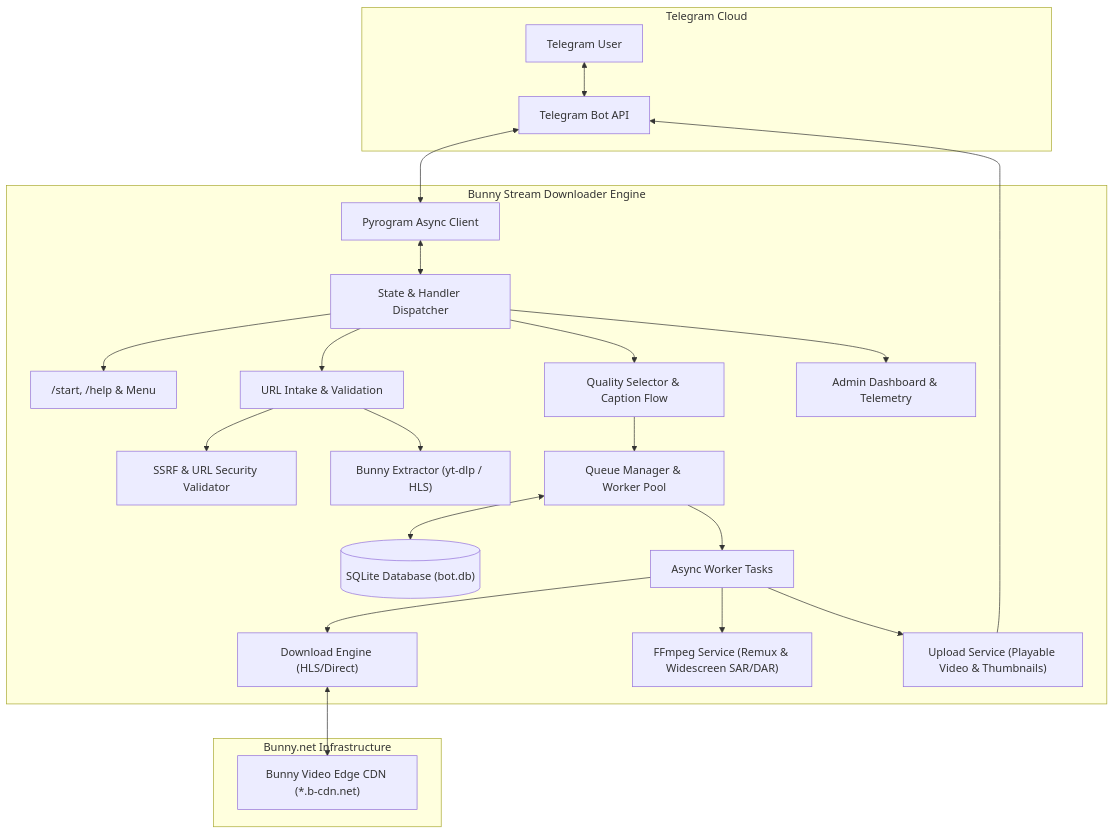
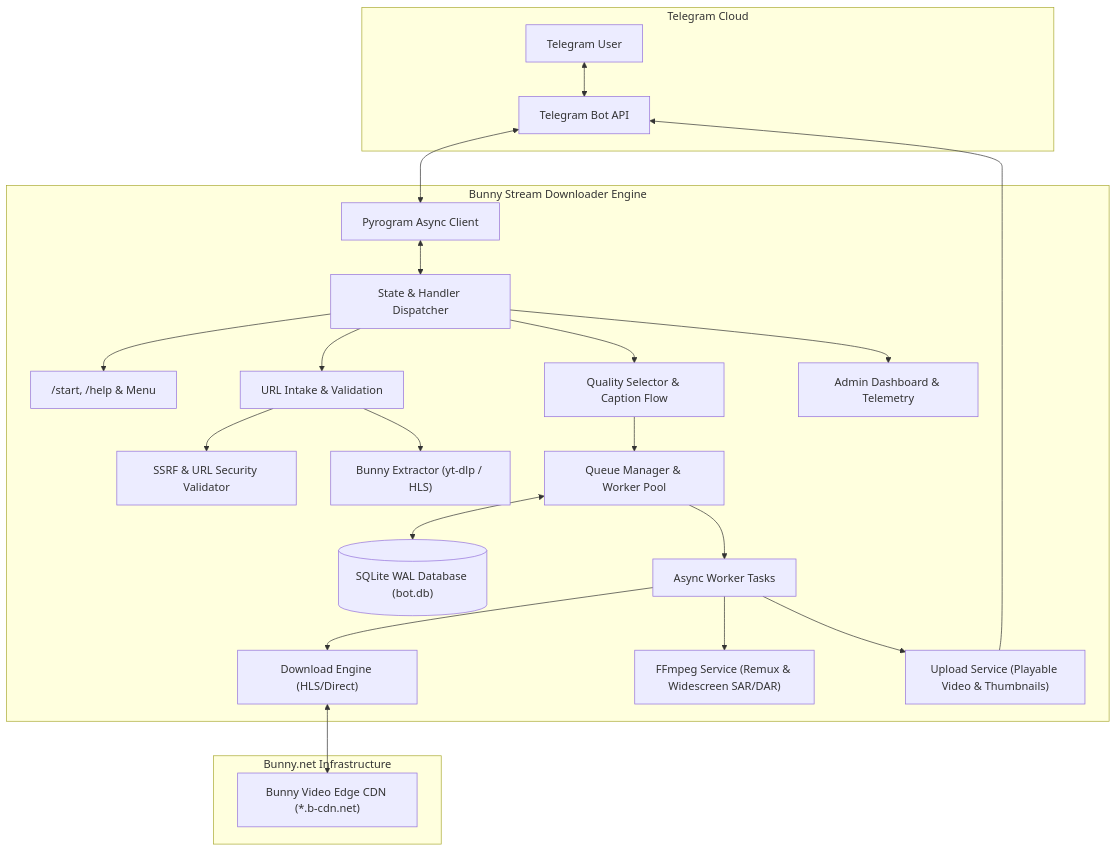
The first of 2 diagrams in README.md (NimeshPiyathissa/bunny-telegram-bot), drawn with Mermaid before and after one commit. The commit also changed other lines of this file and 1 other file, not shown here.

````diff
--- a/README.md
+++ b/README.md
@@ -81,33 +131,33 @@
 ```mermaid
 flowchart TD
     subgraph Telegram["Telegram Cloud"]
         User["Telegram User"] <--> BotAPI["Telegram Bot API"]
     end
 
     subgraph BotCore["Bunny Stream Downloader Engine"]
         BotAPI <--> Client["Pyrogram Async Client"]
         Client <--> Dispatcher["State & Handler Dispatcher"]
 
         Dispatcher --> StartHandler["/start, /help & Menu"]
         Dispatcher --> IntakeHandler["URL Intake & Validation"]
         Dispatcher --> QualityHandler["Quality Selector & Caption Flow"]
         Dispatcher --> AdminHandler["Admin Dashboard & Telemetry"]
 
         IntakeHandler --> SecValidator["SSRF & URL Security Validator"]
         IntakeHandler --> BunnyParser["Bunny Extractor (yt-dlp / HLS)"]
 
         QualityHandler --> QueueManager["Queue Manager & Worker Pool"]
-        QueueManager <--> SQLiteDB[("SQLite Database (bot.db)")]
+        QueueManager <--> SQLiteDB[("SQLite WAL Database (bot.db)")]
 
         QueueManager --> Workers["Async Worker Tasks"]
         Workers --> Downloader["Download Engine (HLS/Direct)"]
         Workers --> FFmpeg["FFmpeg Service (Remux & Widescreen SAR/DAR)"]
         Workers --> Uploader["Upload Service (Playable Video & Thumbnails)"]
 
         Uploader --> BotAPI
     end
 
     subgraph EdgeCDN["Bunny.net Infrastructure"]
         Downloader <--> BunnyCDN["Bunny Video Edge CDN (*.b-cdn.net)"]
     end
 ```
````
